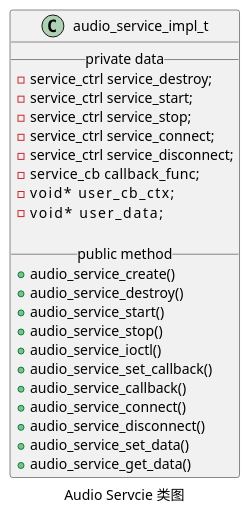
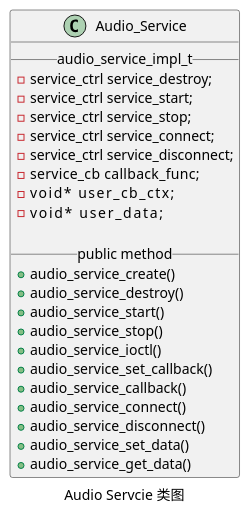
Before and after one commit to liangzhu2008/learn-esp-adf: the first of 3 diagrams in docs/inside-dispatcher/audio_service.rst, drawn with PlantUML. The commit also changed other lines of this file and 1 other file, not shown here.

Commit message:
加入 DuerOS Service 的类图

```diff
--- a/docs/inside-dispatcher/audio_service.rst
+++ b/docs/inside-dispatcher/audio_service.rst
@@ -30,28 +30,28 @@
 .. uml::
 
     caption Audio Servcie 类图
 
-    class audio_service_impl_t {
-        __ private data __
+    class Audio_Service {
+        __ audio_service_impl_t __
         -service_ctrl service_destroy;
         -service_ctrl service_start;
         -service_ctrl service_stop;
         -service_ctrl service_connect;
         -service_ctrl service_disconnect;
         -service_cb   callback_func;
         -void*        user_cb_ctx;
         -void*        user_data;
 
         __ public method __
         +audio_service_create()
         +audio_service_destroy()
         +audio_service_start()
         +audio_service_stop()
         +audio_service_ioctl()
         +audio_service_set_callback()
         +audio_service_callback()
         +audio_service_connect()
         +audio_service_disconnect()
         +audio_service_set_data()
         +audio_service_get_data()
     }
```
